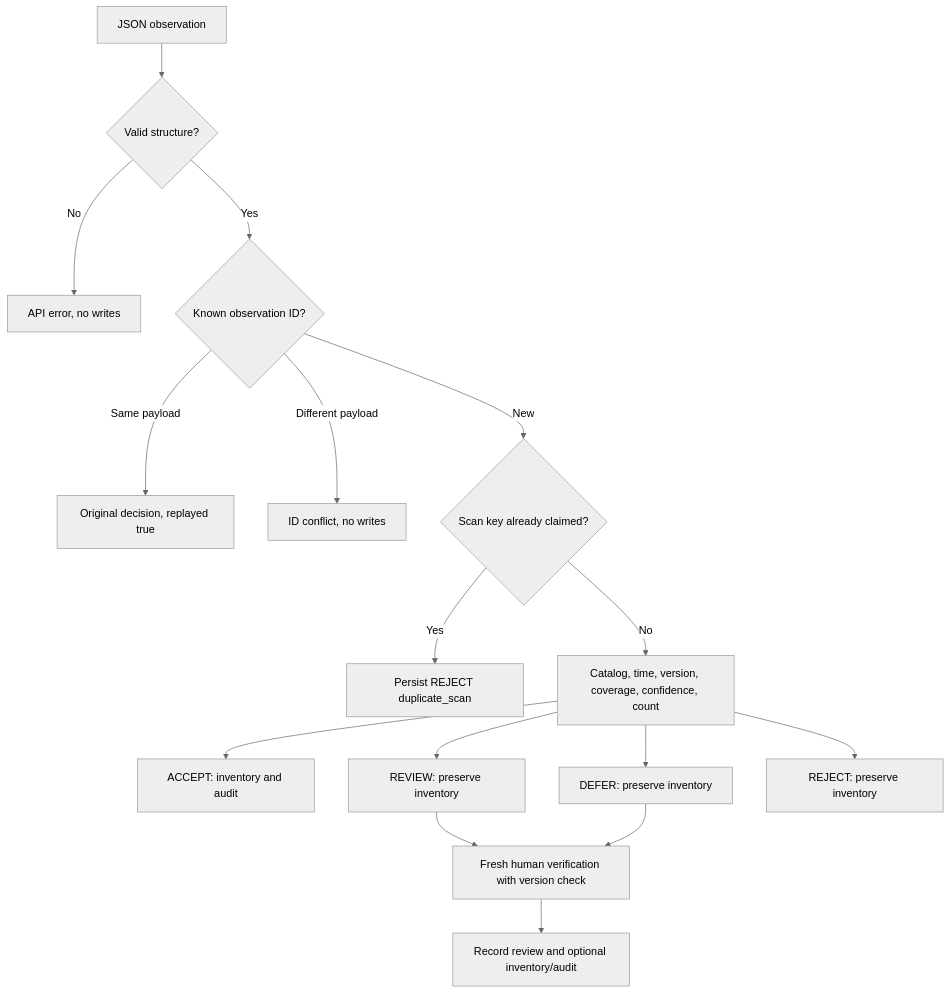
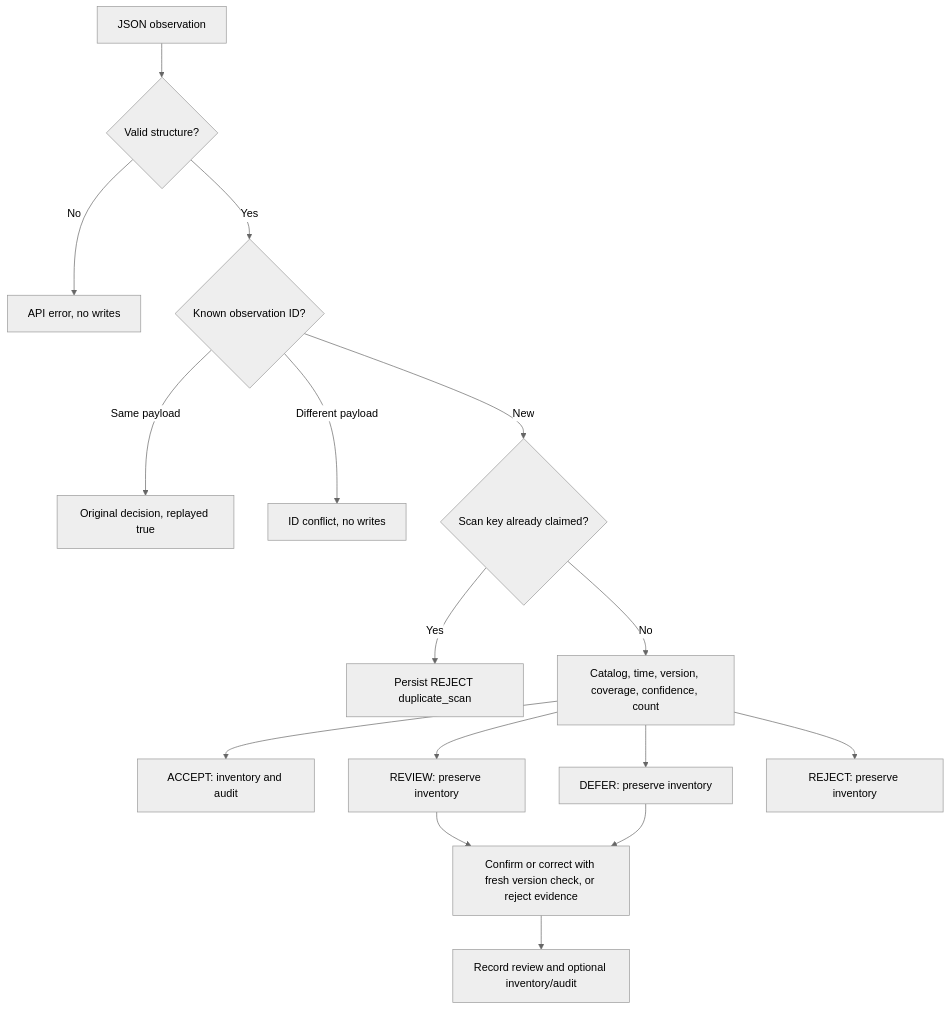
Before and after one commit to sunnyrishy/stockguard: the diagram in docs/reconciliation-design.md, drawn with Mermaid (neutral theme). The commit also changed other lines of this file and 11 other files, not shown here.

````diff
--- a/docs/reconciliation-design.md
+++ b/docs/reconciliation-design.md
@@ -25,18 +27,18 @@
 ```mermaid
 flowchart TD
     Input[JSON observation] --> Validate{Valid structure?}
     Validate -->|No| Error[API error, no writes]
     Validate -->|Yes| ID{Known observation ID?}
     ID -->|Same payload| Replay[Original decision, replayed true]
     ID -->|Different payload| Conflict[ID conflict, no writes]
     ID -->|New| Scan{Scan key already claimed?}
     Scan -->|Yes| Reject[Persist REJECT duplicate_scan]
     Scan -->|No| Rules[Catalog, time, version, coverage, confidence, count]
     Rules --> Accept[ACCEPT: inventory and audit]
     Rules --> Review[REVIEW: preserve inventory]
     Rules --> Defer[DEFER: preserve inventory]
     Rules --> Invalid[REJECT: preserve inventory]
-    Review --> Human[Fresh human verification with version check]
+    Review --> Human[Confirm or correct with fresh version check, or reject evidence]
     Defer --> Human
     Human --> Resolution[Record review and optional inventory/audit]
 ```
````
